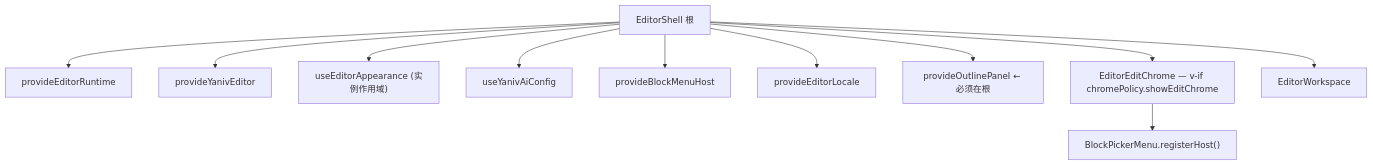
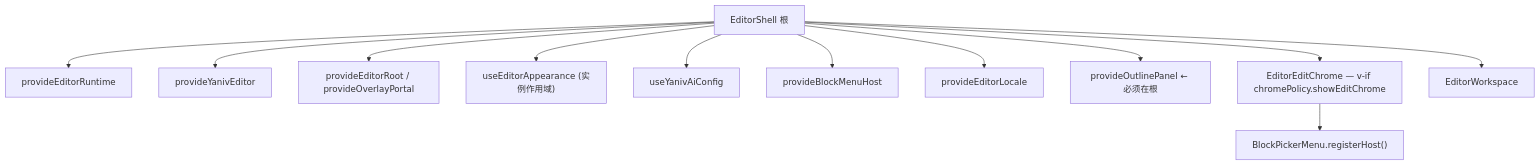
Before and after one commit to YanivWang/yaniv-editor: the second of 2 diagrams in ARCHITECTURE.md, drawn with Mermaid. The commit also changed other lines of this file and 51 other files, not shown here.

````diff
--- a/ARCHITECTURE.md
+++ b/ARCHITECTURE.md
@@ -718,14 +718,15 @@
 ```mermaid
 flowchart TB
   EditorShell["EditorShell 根"]
   EditorShell --> runtime["provideEditorRuntime"]
   EditorShell --> editor["provideYanivEditor"]
+  EditorShell --> editorRoot["provideEditorRoot / provideOverlayPortal"]
   EditorShell --> appearance["useEditorAppearance (实例作用域)"]
   EditorShell --> ai["useYanivAiConfig"]
   EditorShell --> blockHost["provideBlockMenuHost"]
   EditorShell --> locale["provideEditorLocale"]
   EditorShell --> outline["provideOutlinePanel ← 必须在根"]
   EditorShell --> EditChrome["EditorEditChrome — v-if chromePolicy.showEditChrome"]
   EditorShell --> Workspace["EditorWorkspace"]
   EditChrome --> BlockPicker["BlockPickerMenu.registerHost()"]
 ```
````
